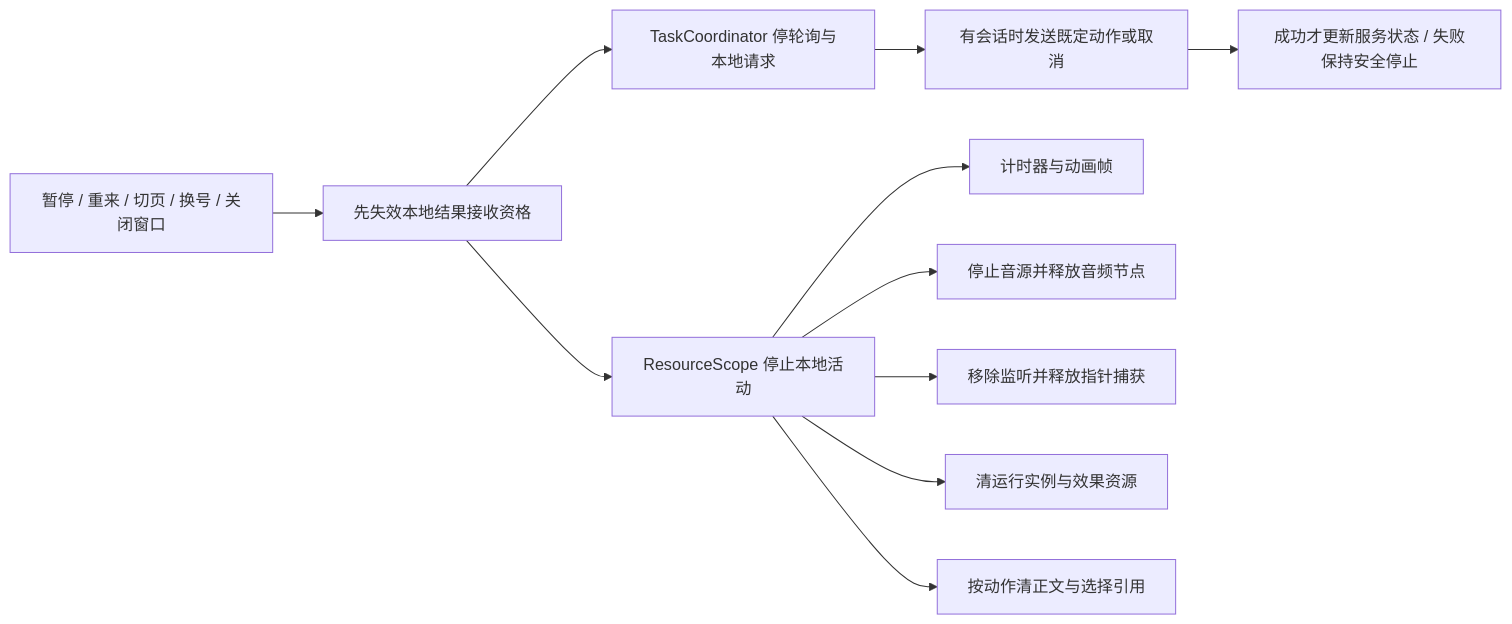
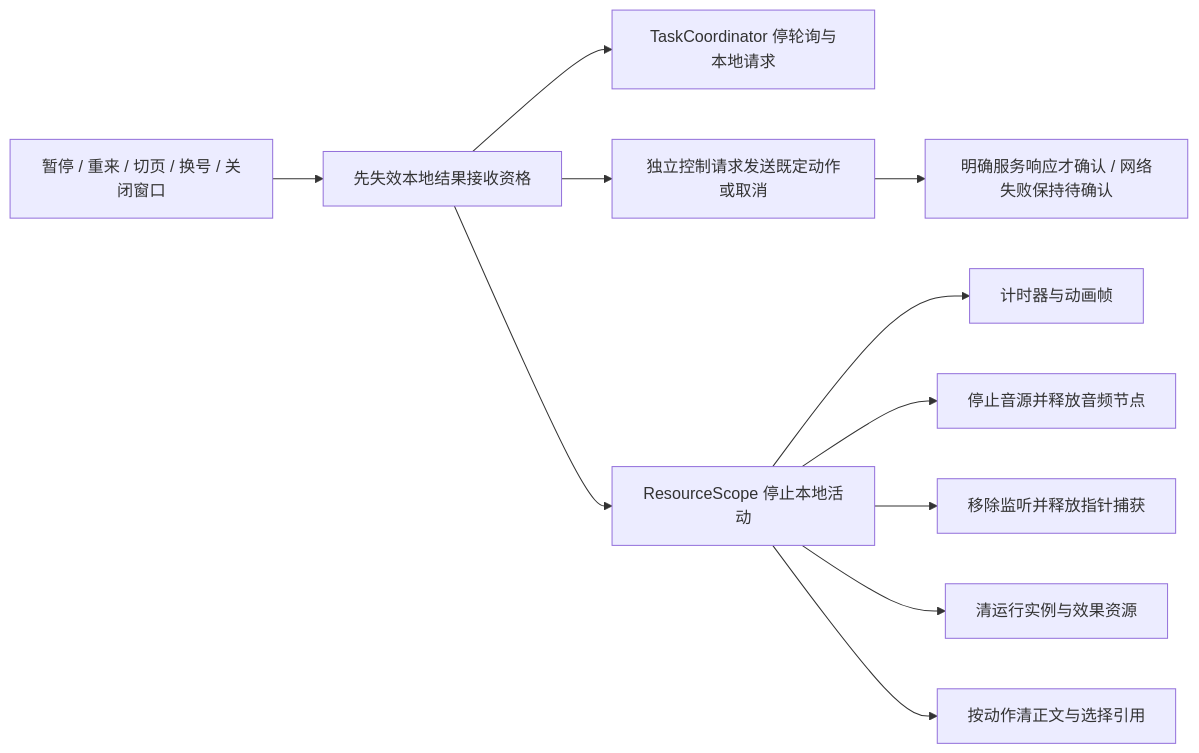
The second of 3 diagrams in docs/第三次作业_程杰/02_组件关系图.md (impureWine/404NOTFOUND), drawn with Mermaid before and after one commit. The commit also changed other lines of this file and 4 other files, not shown here.

````diff
--- a/docs/第三次作业_程杰/02_组件关系图.md
+++ b/docs/第三次作业_程杰/02_组件关系图.md
@@ -89,13 +93,13 @@
 ```mermaid
 flowchart LR
     Trigger[暂停 / 重来 / 切页 / 换号 / 关闭窗口] --> Guard[先失效本地结果接收资格]
     Guard --> Coordinator[TaskCoordinator 停轮询与本地请求]
-    Coordinator --> ServerStop[有会话时发送既定动作或取消]
+    Guard --> ServerStop[独立控制请求发送既定动作或取消]
     Guard --> Scope[ResourceScope 停止本地活动]
     Scope --> Timers[计时器与动画帧]
     Scope --> Sound[停止音源并释放音频节点]
     Scope --> Input[移除监听并释放指针捕获]
     Scope --> Physics[清运行实例与效果资源]
     Scope --> Memory[按动作清正文与选择引用]
-    ServerStop --> Result[成功才更新服务状态 / 失败保持安全停止]
+    ServerStop --> Result[明确服务响应才确认 / 网络失败保持待确认]
 ```
````
